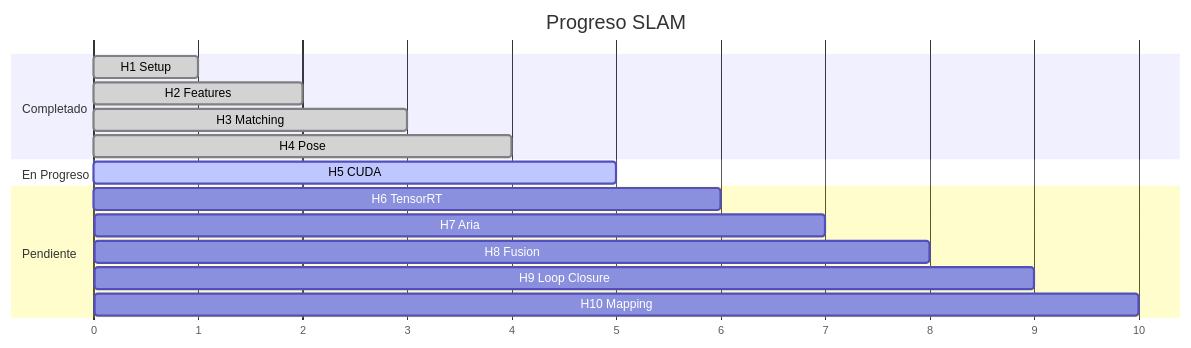
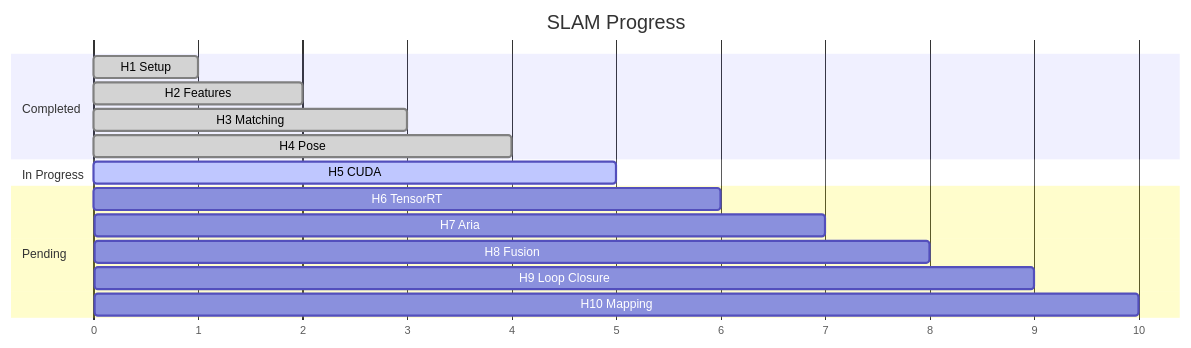
One commit to robertteleng/aria-slam changed the tenth of 10 diagrams in README.md. Above: the diagram before and after it, drawn with Mermaid. The commit also changed other lines of this file, not shown here.

````diff
--- a/README.md
+++ b/README.md
@@ -398,22 +398,22 @@
 ```mermaid
 gantt
-    title Progreso SLAM
+    title SLAM Progress
     dateFormat X
     axisFormat %s
-    
-    section Completado
+
+    section Completed
     H1 Setup           :done, h1, 0, 1
     H2 Features        :done, h2, 1, 2
     H3 Matching        :done, h3, 2, 3
     H4 Pose            :done, h4, 3, 4
-    
-    section En Progreso
+
+    section In Progress
     H5 CUDA            :active, h5, 4, 5
-    
-    section Pendiente
+
+    section Pending
     H6 TensorRT        :h6, 5, 6
     H7 Aria            :h7, 6, 7
     H8 Fusion          :h8, 7, 8
     H9 Loop Closure    :h9, 8, 9
     H10 Mapping        :h10, 9, 10
 ```
````
